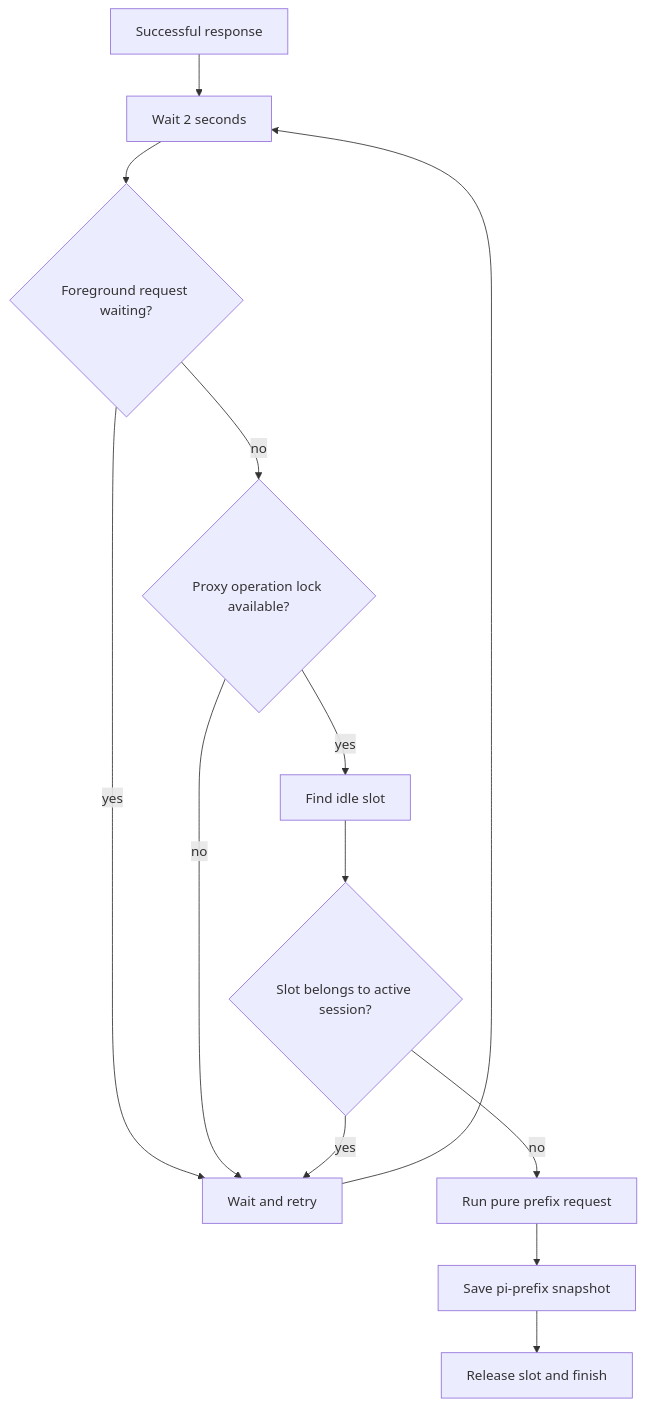
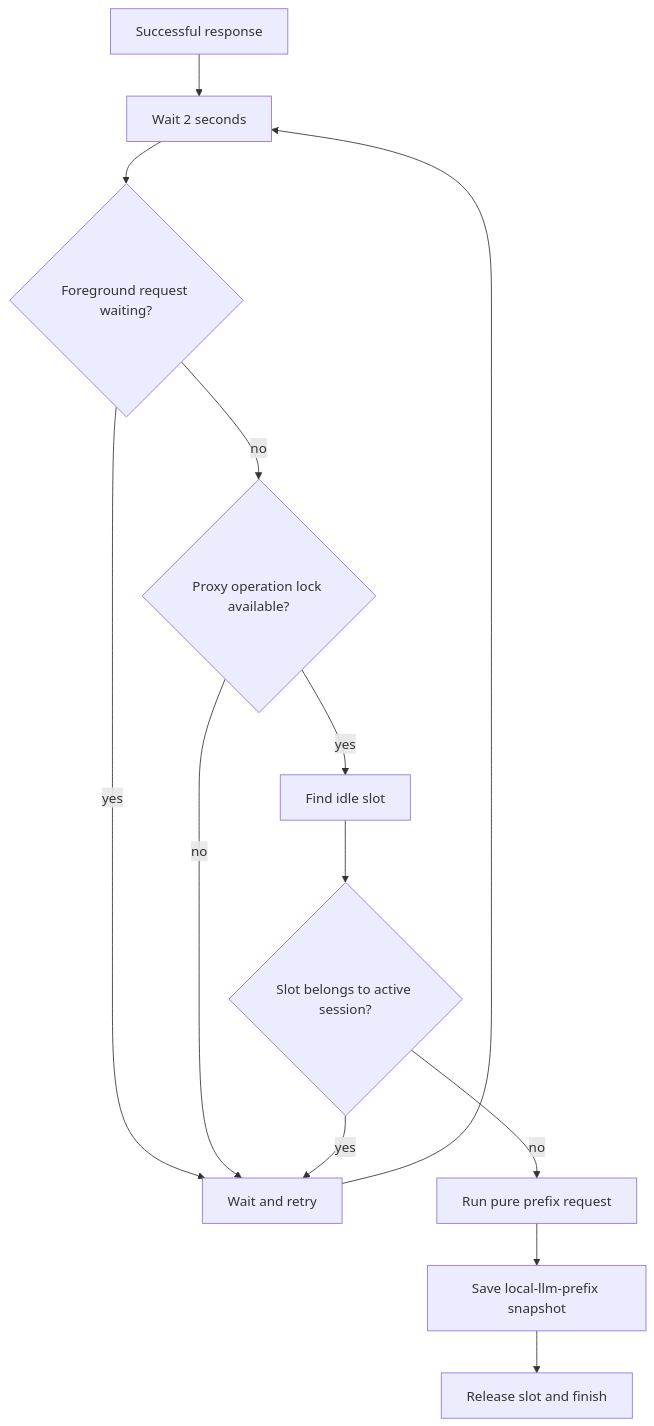
The seventh of 8 diagrams in DESIGN.md (xqliu/local-llm-kv-cache), drawn with Mermaid before and after one commit. The commit also changed other lines of this file and 6 other files, not shown here.

First line of the commit message:
Rename project to local LLM KV cache

```diff
--- a/DESIGN.md
+++ b/DESIGN.md
@@ -278,15 +278,15 @@
 ~~~mermaid
 flowchart TD
     R["Successful response"] --> WAIT["Wait 2 seconds"]
     WAIT --> FRONT{"Foreground request waiting?"}
     FRONT -->|yes| RETRY["Wait and retry"]
     FRONT -->|no| LOCK{"Proxy operation lock available?"}
     LOCK -->|no| RETRY
     LOCK -->|yes| SLOT["Find idle slot"]
     SLOT --> RESERVED{"Slot belongs to active session?"}
     RESERVED -->|yes| RETRY
     RESERVED -->|no| SEED["Run pure prefix request"]
-    SEED --> SAVE["Save pi-prefix snapshot"]
+    SEED --> SAVE["Save local-llm-prefix snapshot"]
     SAVE --> DONE["Release slot and finish"]
     RETRY --> WAIT
 ~~~
```
